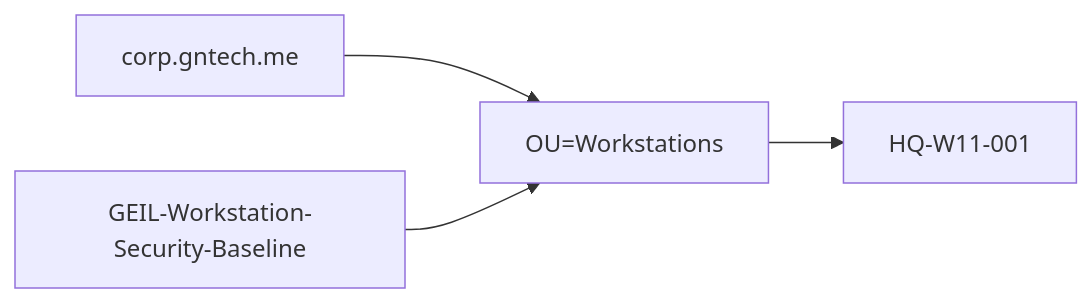
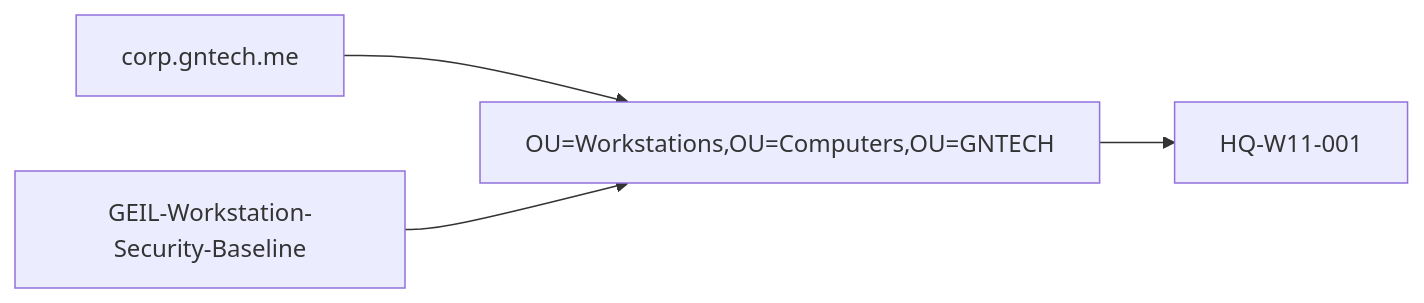
The diagram in docs/microsoft-core/group-policy-baseline.md (gntech-dev/geil-enterprise-docs), drawn with Mermaid before and after one commit. The commit also changed other lines of this file and 12 other files, not shown here.

````diff
--- a/docs/microsoft-core/group-policy-baseline.md
+++ b/docs/microsoft-core/group-policy-baseline.md
@@ -95,9 +96,9 @@
 ```mermaid
 flowchart LR
     Domain[corp.gntech.me]
-    OU[OU=Workstations]
+    OU[OU=Workstations,OU=Computers,OU=GNTECH]
     GPO[GEIL-Workstation-Security-Baseline]
     Client[HQ-W11-001]
     Domain --> OU
     GPO --> OU --> Client
 ```
````
